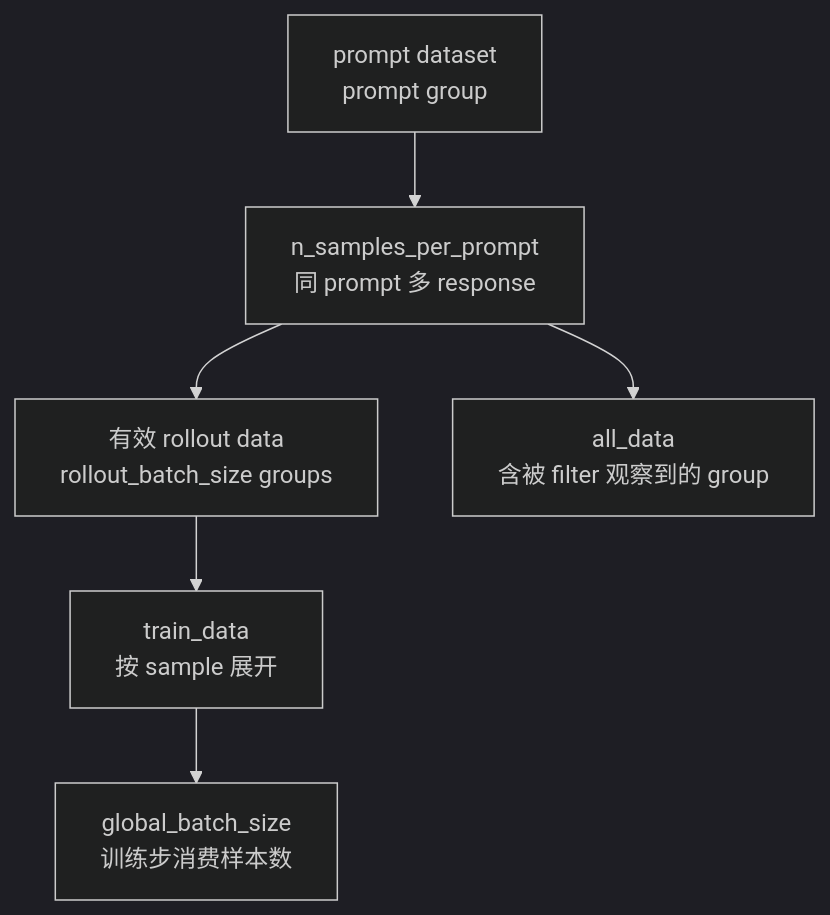
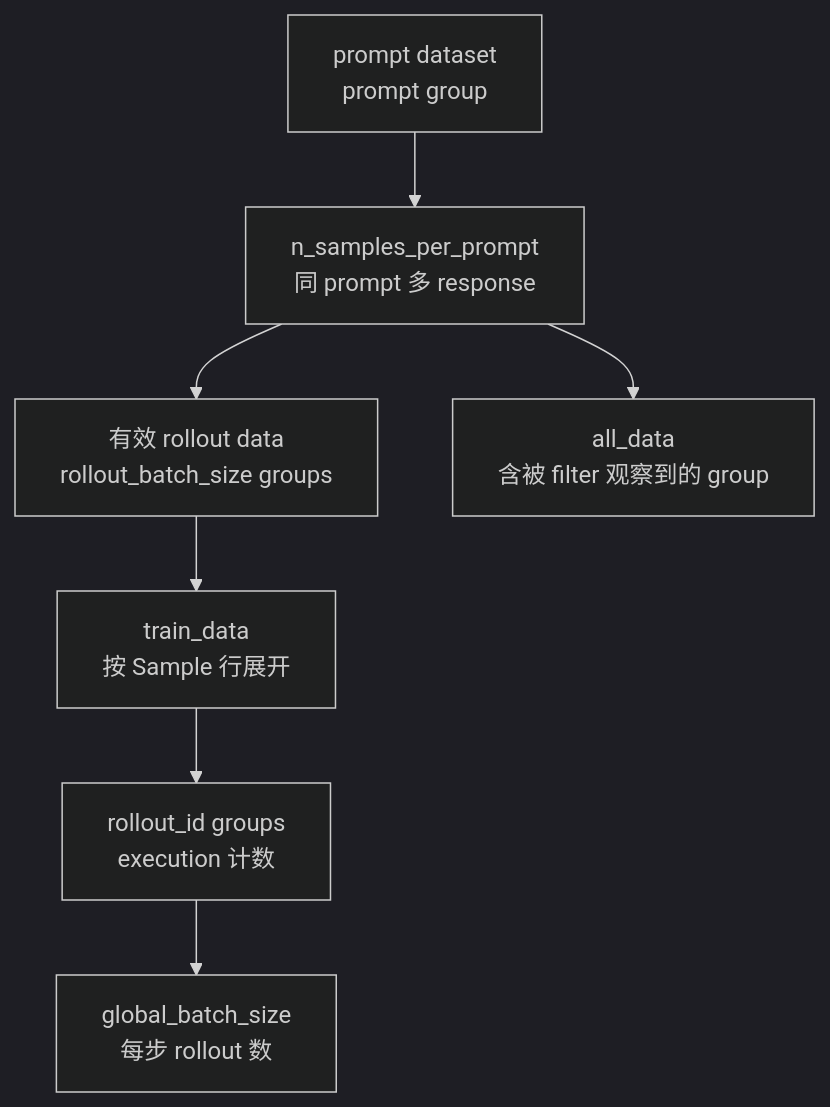
Before and after one commit to OnlyHero5/sglang-reading-vault: the second of 2 diagrams in slime_reading/启动与入口/训练与Rollout参数/Slime-训练与Rollout参数-数据流.md, drawn with Mermaid (dark theme). The commit also changed other lines of this file and 512 other files, not shown here.

````diff
--- a/slime_reading/启动与入口/训练与Rollout参数/Slime-训练与Rollout参数-数据流.md
+++ b/slime_reading/启动与入口/训练与Rollout参数/Slime-训练与Rollout参数-数据流.md
@@ -74,12 +74,13 @@
 ```mermaid
 flowchart TB
     PROMPT["prompt dataset<br/>prompt group"]
     N["n_samples_per_prompt<br/>同 prompt 多 response"]
     VALID["有效 rollout data<br/>rollout_batch_size groups"]
     ALL["all_data<br/>含被 filter 观察到的 group"]
-    TRAIN["train_data<br/>按 sample 展开"]
-    GBS["global_batch_size<br/>训练步消费样本数"]
+    TRAIN["train_data<br/>按 Sample 行展开"]
+    RID["rollout_id groups<br/>execution 计数"]
+    GBS["global_batch_size<br/>每步 rollout 数"]
 
-    PROMPT --> N --> VALID --> TRAIN --> GBS
+    PROMPT --> N --> VALID --> TRAIN --> RID --> GBS
     N --> ALL
 ```
````
